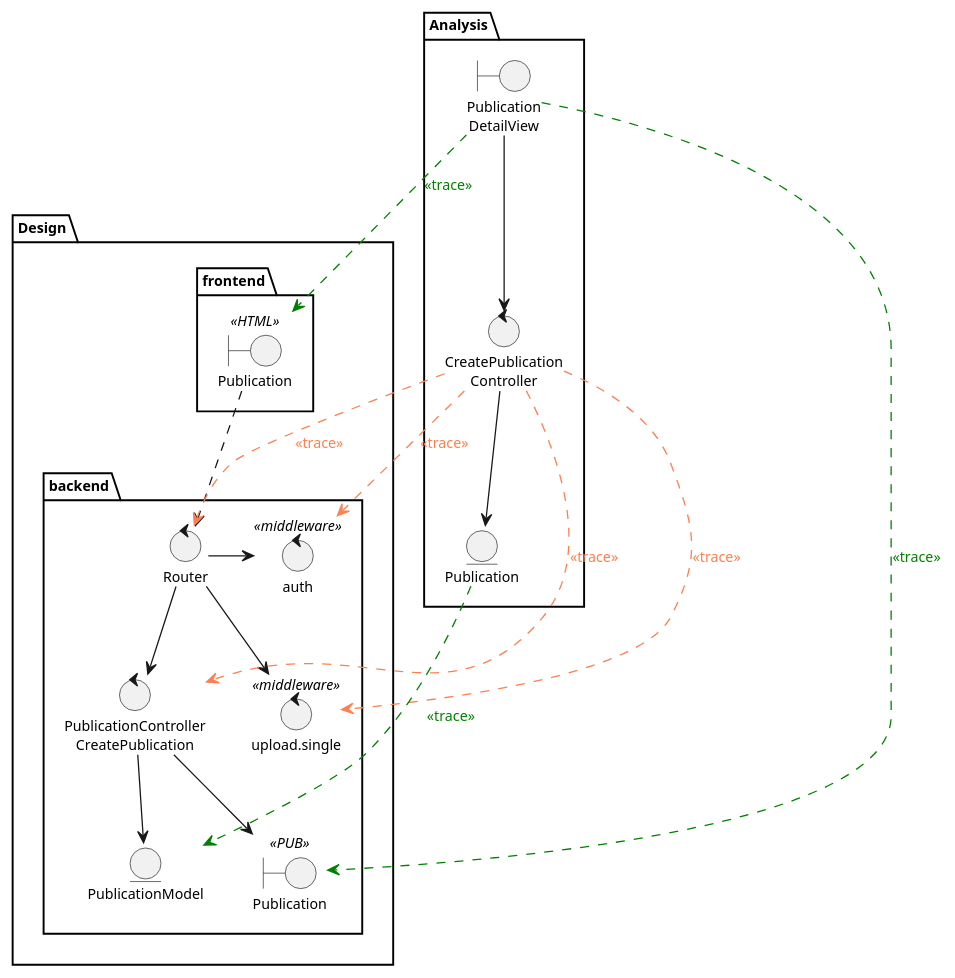
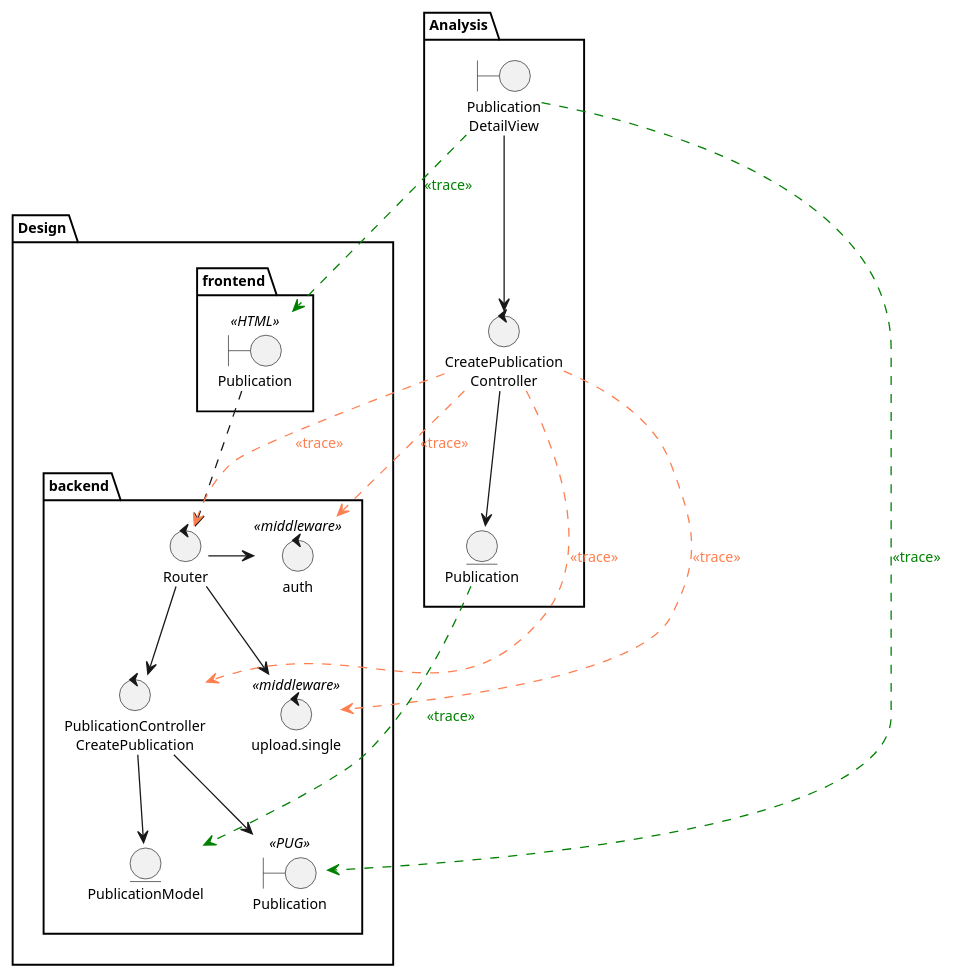
One commit to mpaulaherrero/tesis-frameworks-backend-diagrams changed the diagram in logicalView/designView/express/usecaseDesign/designClassDiagramUC7TraceAnalisysClass.plantuml. Above: the diagram before and after it, drawn with PlantUML. The commit also changed 2 other files, not shown here.

Commit message:
sequence diagram

```diff
--- a/logicalView/designView/express/usecaseDesign/designClassDiagramUC7TraceAnalisysClass.plantuml
+++ b/logicalView/designView/express/usecaseDesign/designClassDiagramUC7TraceAnalisysClass.plantuml
@@ -1,46 +1,46 @@
 @startuml
 skinparam style strictuml
 skinparam defaultTextAlignment center
 skinparam defaultFontSize 11
 
 package Analysis{
     boundary "Publication\nDetailView" as PublicationDetailViewAnalysis
     entity "Publication" as PublicationAnalysis
     control "CreatePublication\nController" as CreatePublicationControllerAnalysis
 }
 
 package Design{
     package backend {
-        boundary "Publication" as PublicationDetailView << PUB >>
+        boundary "Publication" as PublicationDetailView << PUG >>
         control "PublicationController\nCreatePublication" as CreatePublicationController
         control Router
         control auth << middleware >>
         control "upload.single" as uploadSingle << middleware >>
         entity PublicationModel
     }
     package frontend {
         boundary "Publication" as PublicationHtml << HTML >>
     }
 }
 
 PublicationDetailViewAnalysis --> CreatePublicationControllerAnalysis
 CreatePublicationControllerAnalysis --> PublicationAnalysis
 
 PublicationHtml .d.> Router
 Router -> auth
 Router -d-> uploadSingle
 Router -d-> CreatePublicationController
 CreatePublicationController -d-> PublicationDetailView
 CreatePublicationController -d-> PublicationModel
 
 PublicationDetailViewAnalysis .[#green].> PublicationHtml : <font color=green><<trace>></font>
 PublicationDetailViewAnalysis .[#green].> PublicationDetailView : <font color=green><<trace>></font>
 
 CreatePublicationControllerAnalysis .[#coral].> Router : <font color=coral><<trace>></font>
 CreatePublicationControllerAnalysis .[#coral].> CreatePublicationController : <font color=coral><<trace>></font>
 CreatePublicationControllerAnalysis .[#coral].> auth : <font color=coral><<trace>></font>
 CreatePublicationControllerAnalysis .[#coral].> uploadSingle : <font color=coral><<trace>></font>
 
 PublicationAnalysis .[#green].> PublicationModel : <font color=green><<trace>></font>
 
 @enduml
```
